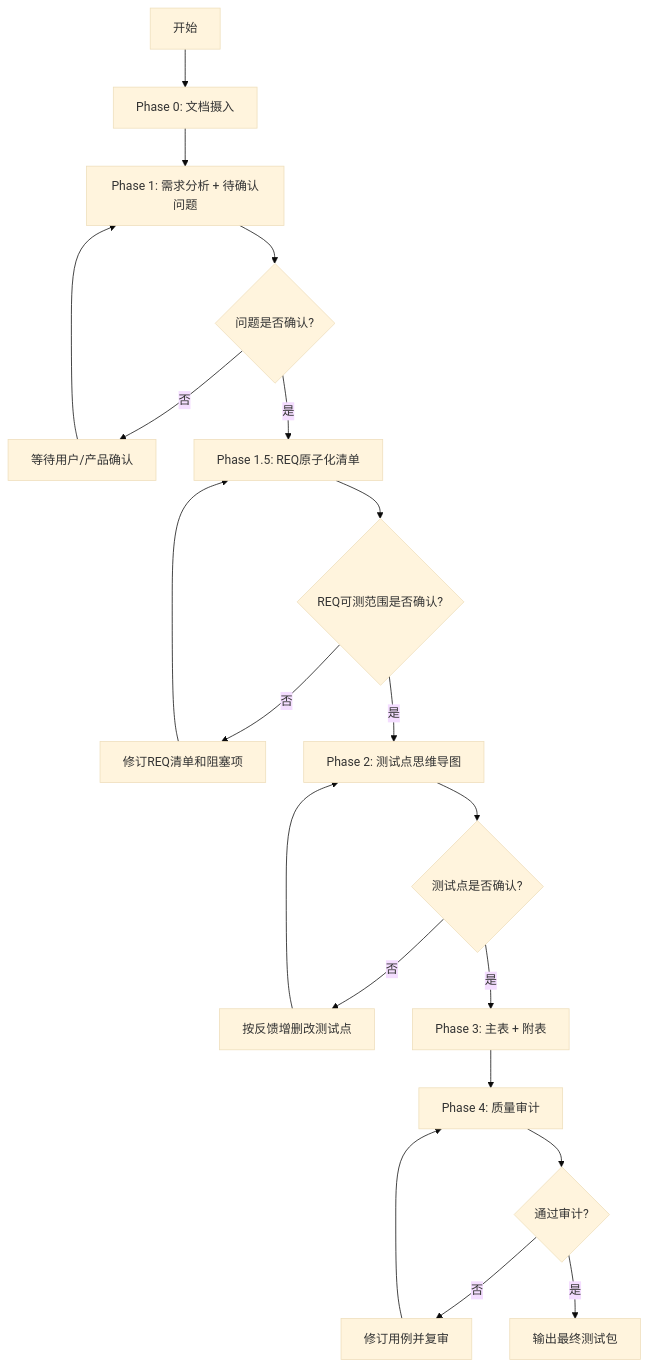
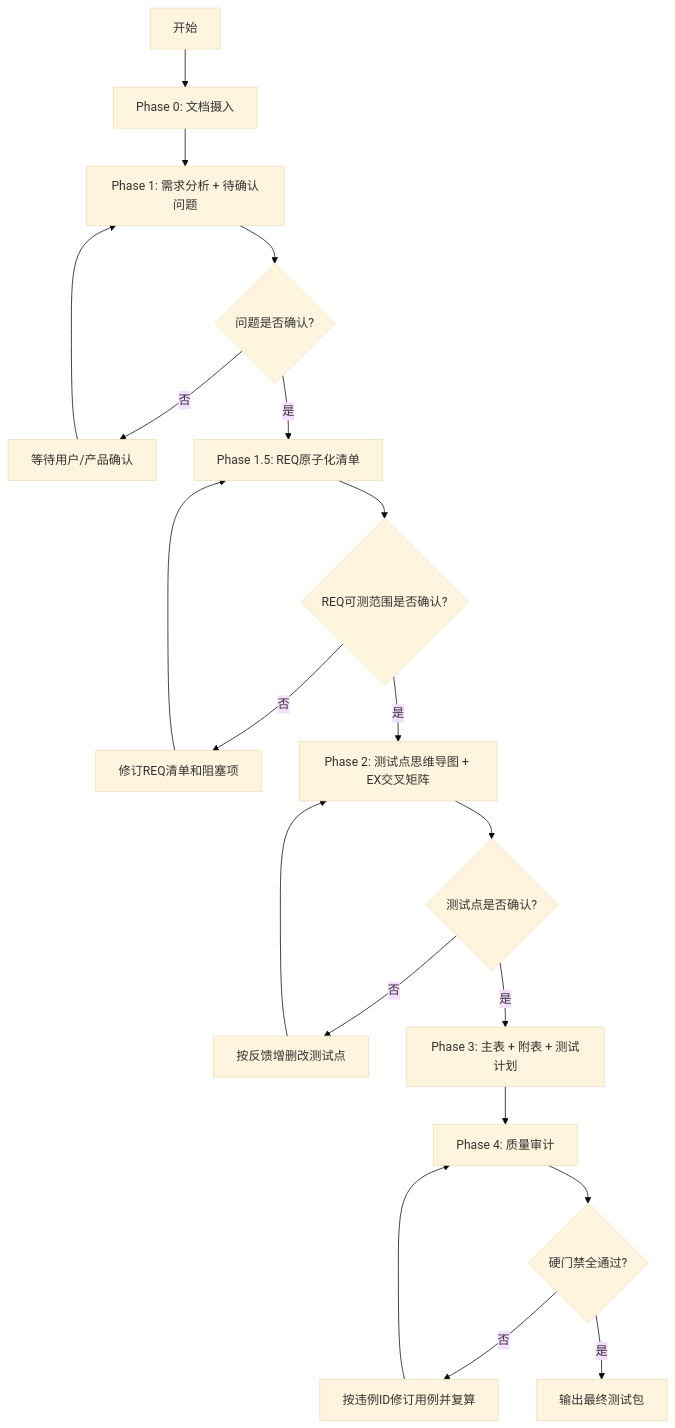
The third of 3 diagrams in REQ-TESTCASE-SKILL-ARCHITECTURE.md (justinchang1995925-sys/Auto_Test_Case), drawn with Mermaid (base theme) before and after one commit. The commit also changed other lines of this file and 439 other files, not shown here.

````diff
--- a/REQ-TESTCASE-SKILL-ARCHITECTURE.md
+++ b/REQ-TESTCASE-SKILL-ARCHITECTURE.md
@@ -94,22 +146,22 @@
 ```mermaid
 flowchart TD
     S[开始] --> P0[Phase 0: 文档摄入]
     P0 --> P1[Phase 1: 需求分析 + 待确认问题]
     P1 --> C1{问题是否确认?}
     C1 -- 否 --> U1[等待用户/产品确认]
     U1 --> P1
     C1 -- 是 --> P15[Phase 1.5: REQ原子化清单]
     P15 --> C15{REQ可测范围是否确认?}
     C15 -- 否 --> U15[修订REQ清单和阻塞项]
     U15 --> P15
-    C15 -- 是 --> P2[Phase 2: 测试点思维导图]
+    C15 -- 是 --> P2[Phase 2: 测试点思维导图 + EX交叉矩阵]
     P2 --> C2{测试点是否确认?}
     C2 -- 否 --> U2[按反馈增删改测试点]
     U2 --> P2
-    C2 -- 是 --> P3[Phase 3: 主表 + 附表]
+    C2 -- 是 --> P3[Phase 3: 主表 + 附表 + 测试计划]
     P3 --> P4[Phase 4: 质量审计]
-    P4 --> C3{通过审计?}
-    C3 -- 否 --> R[修订用例并复审]
+    P4 --> C3{硬门禁全通过?}
+    C3 -- 否 --> R[按违例ID修订用例并复算]
     R --> P4
     C3 -- 是 --> E[输出最终测试包]
 ```
````
